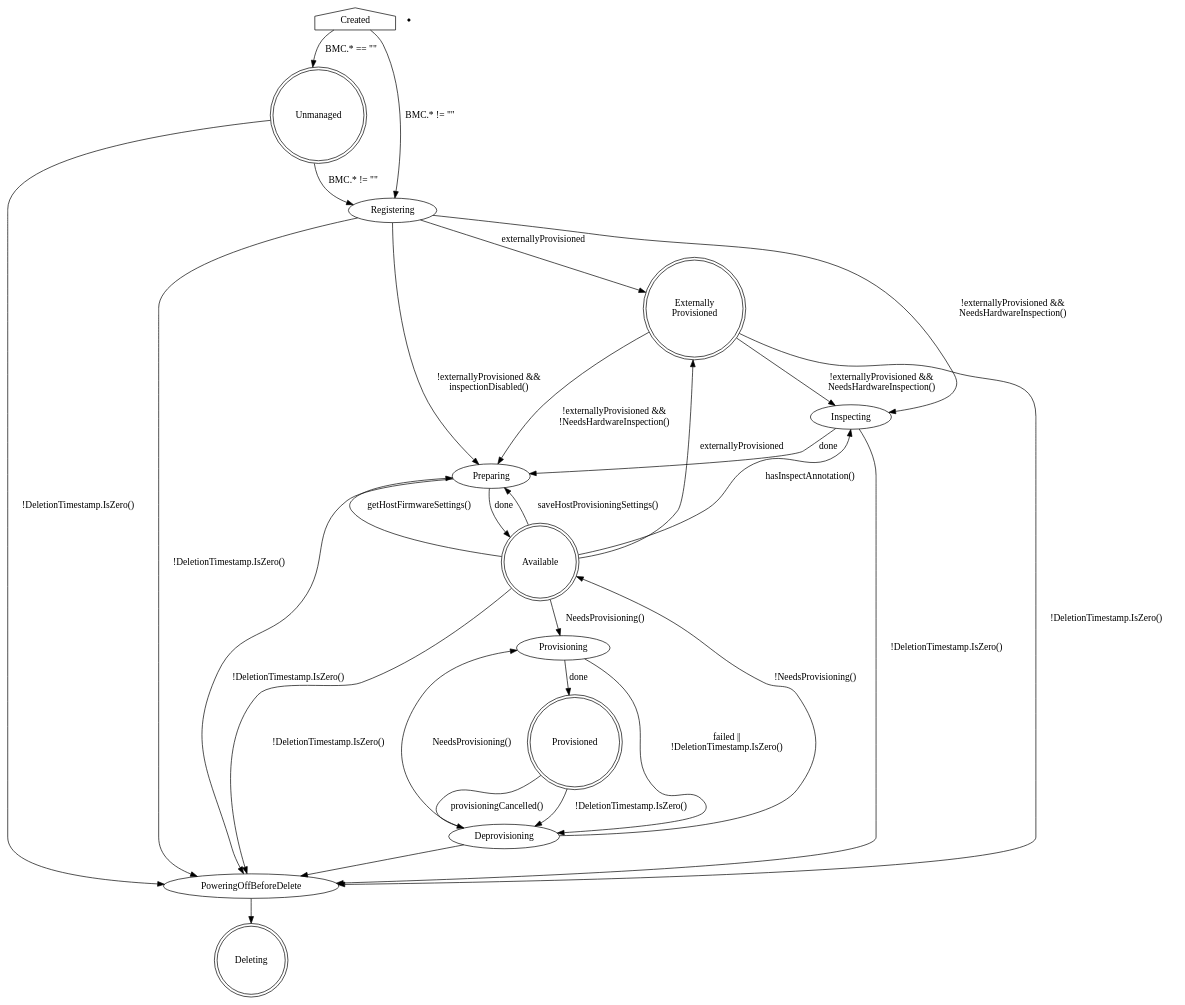
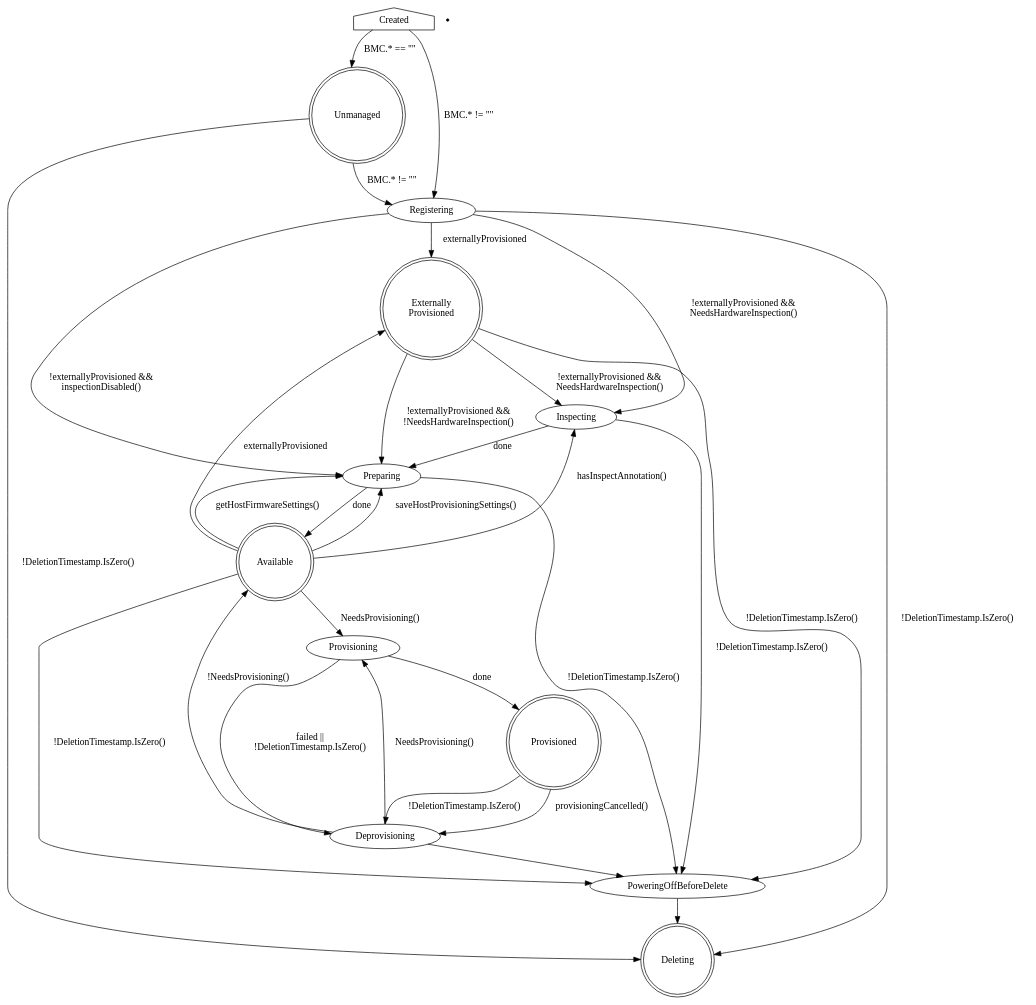
Before and after one commit to metal3-io/baremetal-operator: the diagram in docs/BaremetalHost_ProvisioningState.dot, drawn with Graphviz. The commit also changed 2 other files, not shown here.

Commit message:
Skip powering off for some states
Namely registering, unmanaged, and none.  This is to prevent a stuck
case where incorrect credentials have been provided.

```diff
--- a/docs/BaremetalHost_ProvisioningState.dot
+++ b/docs/BaremetalHost_ProvisioningState.dot
@@ -1,53 +1,53 @@
 digraph BaremetalHost {
     Created [shape=house]
     Created -> Unmanaged [label="BMC.* == \"\""]
     Created -> Registering [label="BMC.* != \"\""]
 
     Unmanaged [shape=doublecircle]
     Unmanaged -> Registering [label="BMC.* != \"\""]
-    Unmanaged -> PoweringOffBeforeDelete [label="!DeletionTimestamp.IsZero()"]
+    Unmanaged -> Deleting [label="!DeletionTimestamp.IsZero()"]
 
     ExternallyProvisioned [label="Externally\nProvisioned"]
 
     Registering -> Inspecting [label="!externallyProvisioned &&\nNeedsHardwareInspection()"]
     Registering -> Preparing [label="!externallyProvisioned &&\ninspectionDisabled()"]
     Registering -> ExternallyProvisioned [label="externallyProvisioned"]
-    Registering -> PoweringOffBeforeDelete [label="!DeletionTimestamp.IsZero()"]
+    Registering -> Deleting [label="!DeletionTimestamp.IsZero()"]
 
     ExternallyProvisioned -> Inspecting [label="!externallyProvisioned &&\nNeedsHardwareInspection()"]
     ExternallyProvisioned -> Preparing [label="!externallyProvisioned &&\n!NeedsHardwareInspection()"]
     Available -> ExternallyProvisioned [label="externallyProvisioned"]
 
     Inspecting -> Preparing [label="done"]
     Inspecting -> PoweringOffBeforeDelete [label="!DeletionTimestamp.IsZero()"]
 
     Preparing -> Available [label="done"]
     Preparing -> PoweringOffBeforeDelete [label="!DeletionTimestamp.IsZero()"]
 
     Available [shape=doublecircle]
     Available -> Provisioning [label="NeedsProvisioning()"]
     Available -> Preparing [label="saveHostProvisioningSettings()"]
     Available -> Preparing [label="getHostFirmwareSettings()"]
     Available -> PoweringOffBeforeDelete [label="!DeletionTimestamp.IsZero()"]
     Available -> Inspecting [label="hasInspectAnnotation()"]
 
     Deleting7 [shape=point]
 
     Provisioning -> Provisioned [label=done]
     Provisioning -> Deprovisioning [label="failed ||\n!DeletionTimestamp.IsZero()"]
 
     Provisioned [shape=doublecircle]
     Provisioned -> Deprovisioning [label="provisioningCancelled()"]
     Provisioned -> Deprovisioning [label="!DeletionTimestamp.IsZero()"]
 
     ExternallyProvisioned [shape=doublecircle]
     ExternallyProvisioned -> PoweringOffBeforeDelete [label="!DeletionTimestamp.IsZero()"]
 
     Deprovisioning -> Provisioning [label="NeedsProvisioning()"]
     Deprovisioning -> Available [label="!NeedsProvisioning()"]
 
     Deprovisioning -> PoweringOffBeforeDelete
     PoweringOffBeforeDelete -> Deleting
 
     Deleting [shape=doublecircle]
 }
```
